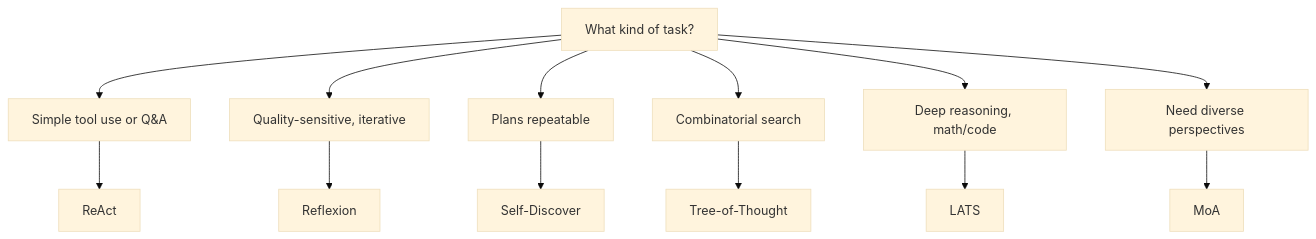
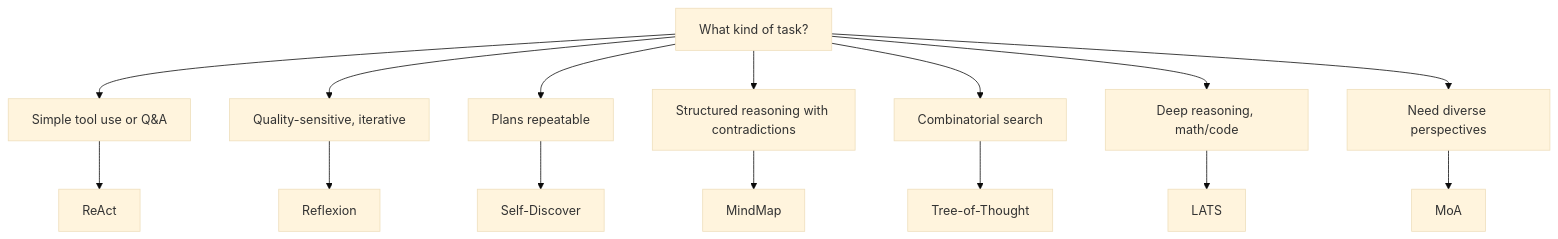
One commit to lookatitude/beluga-ai changed the seventh of 9 diagrams in docs/architecture/06-reasoning-strategies.md. Above: the diagram before and after it, drawn with Mermaid (base theme). The commit also changed other lines of this file and 1 other file, not shown here.

First line of the commit message:
docs(arch): expand DOC-05/06 with cognitive architectures and missing strategies

````diff
--- a/docs/architecture/06-reasoning-strategies.md
+++ b/docs/architecture/06-reasoning-strategies.md
@@ -165,17 +186,19 @@
 ```mermaid
 graph TD
   Start[What kind of task?]
   Start --> Simple[Simple tool use or Q&A]
   Start --> Quality[Quality-sensitive, iterative]
   Start --> Plan[Plans repeatable]
+  Start --> Structured[Structured reasoning with contradictions]
   Start --> Combinatorial[Combinatorial search]
   Start --> Deep[Deep reasoning, math/code]
   Start --> Ensemble[Need diverse perspectives]
 
   Simple --> R1[ReAct]
   Quality --> R2[Reflexion]
   Plan --> R3[Self-Discover]
-  Combinatorial --> R4[Tree-of-Thought]
-  Deep --> R5[LATS]
-  Ensemble --> R6[MoA]
+  Structured --> R4[MindMap]
+  Combinatorial --> R5[Tree-of-Thought]
+  Deep --> R6[LATS]
+  Ensemble --> R7[MoA]
 ```
````
